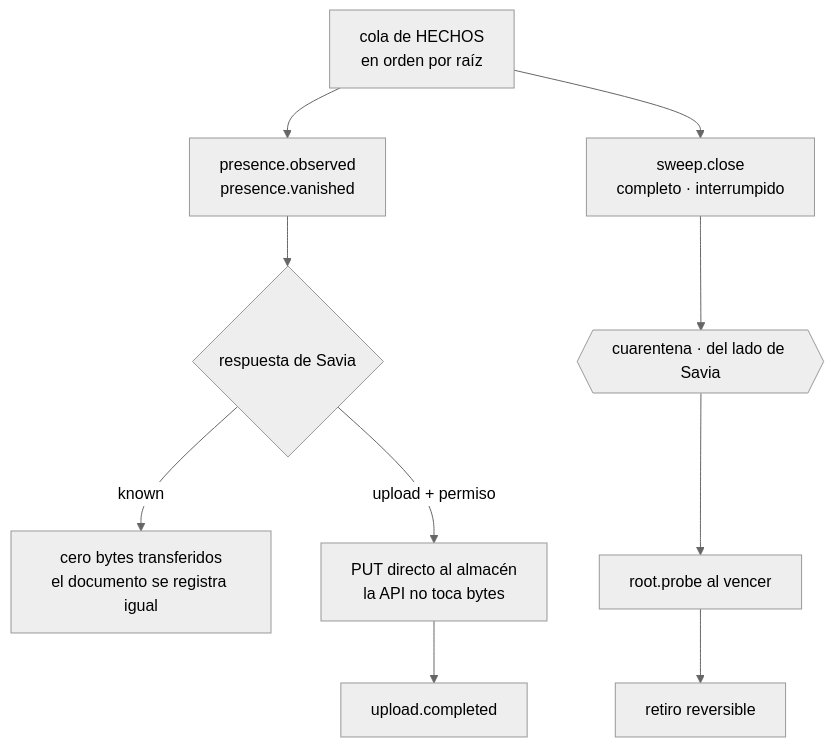
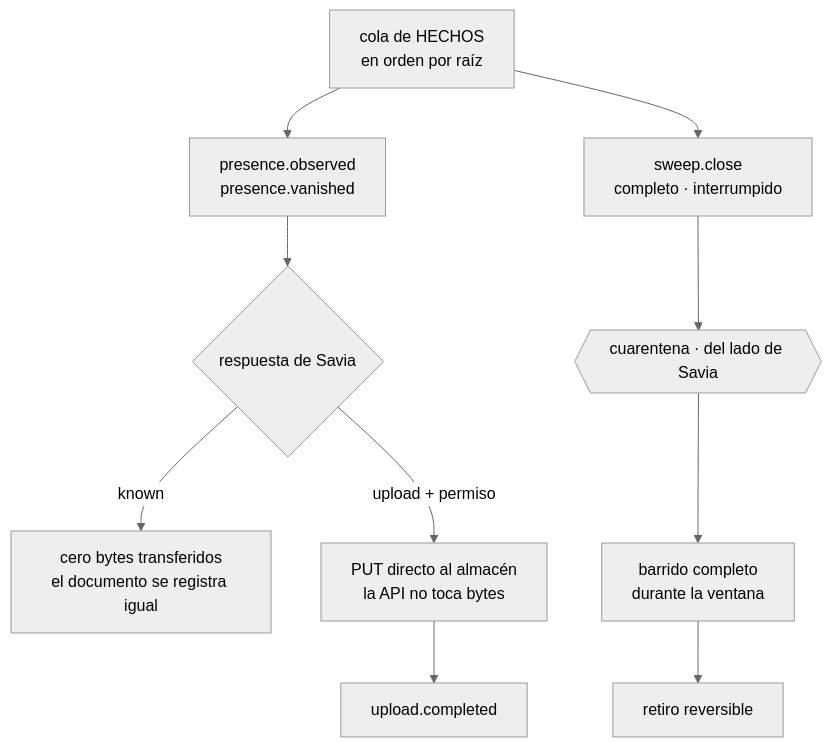
Before and after one commit to eormeno12/savia-os: the second of 2 diagrams in docs/product/savia-b2b/borrador-agente-carpeta.md, drawn with Mermaid (neutral theme). The commit also changed other lines of this file and 3 other files, not shown here.

````diff
--- a/docs/product/savia-b2b/borrador-agente-carpeta.md
+++ b/docs/product/savia-b2b/borrador-agente-carpeta.md
@@ -233,12 +245,12 @@
 ```mermaid
 flowchart TD
     COLA[cola de HECHOS<br/>en orden por raíz] --> OBS[presence.observed<br/>presence.vanished]
     OBS --> DEC{respuesta de Savia}
     DEC -->|known| NONE[cero bytes transferidos<br/>el documento se registra igual]
     DEC -->|upload + permiso| PUT[PUT directo al almacén<br/>la API no toca bytes]
     PUT --> DONE[upload.completed]
     COLA --> CLOSE[sweep.close<br/>completo · interrumpido]
     CLOSE --> CUAR{{cuarentena · del lado de Savia}}
-    CUAR --> PROBE[root.probe al vencer]
+    CUAR --> PROBE[barrido completo<br/>durante la ventana]
     PROBE --> RET[retiro reversible]
 ```
````
